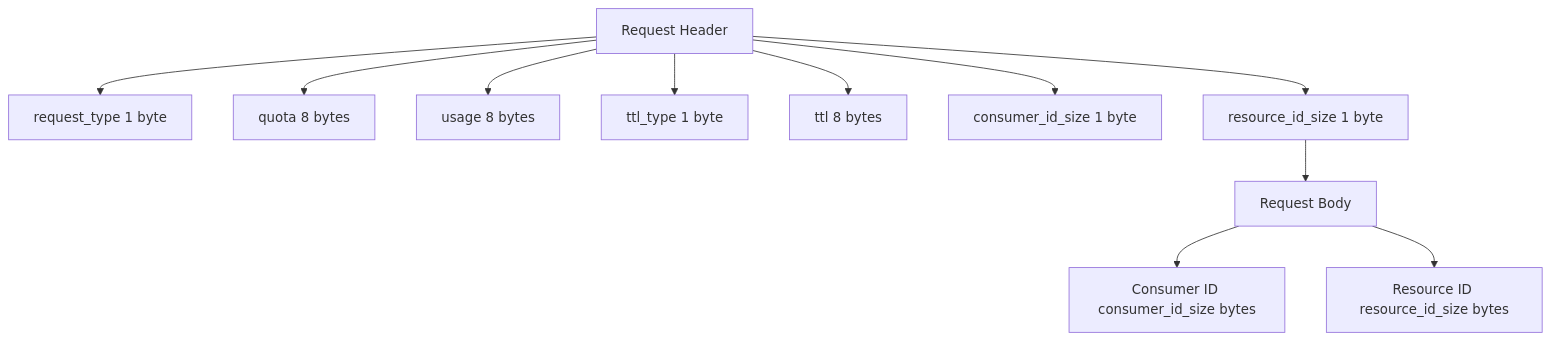
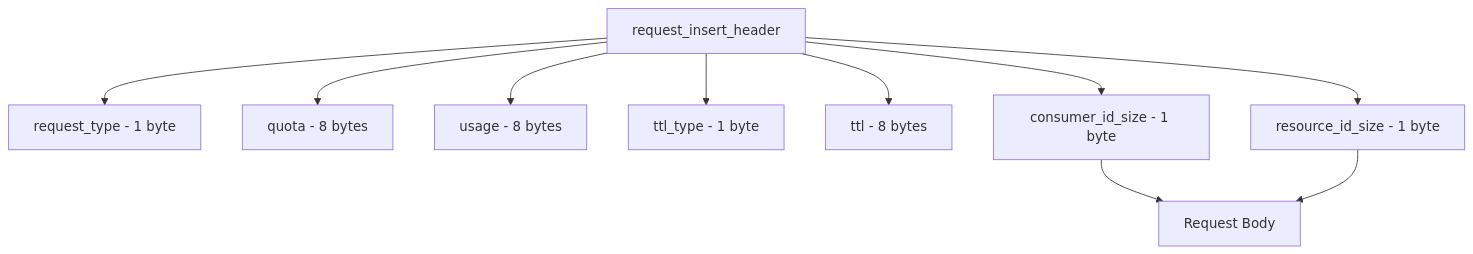
One commit to throttr/throttr changed the first of 4 diagrams in docs/diagrams/header.md. Above: the diagram before and after it, drawn with Mermaid. The commit also changed other lines of this file and 1 other file, not shown here.

````diff
--- a/docs/diagrams/header.md
+++ b/docs/diagrams/header.md
@@ -36,14 +3,13 @@
 ```mermaid
 flowchart TD
-    A[Request Header] --> B[request_type 1 byte]
-    A --> C[quota 8 bytes]
-    A --> D[usage 8 bytes]
-    A --> E[ttl_type 1 byte]
-    A --> F[ttl 8 bytes]
-    A --> G[consumer_id_size 1 byte]
-    A --> H[resource_id_size 1 byte]
-
-    H --> I[Request Body]
-    I --> J[Consumer ID consumer_id_size bytes]
-    I --> K[Resource ID resource_id_size bytes]
+    A[request_insert_header]
+    A --> A1[request_type - 1 byte]
+    A --> A2[quota - 8 bytes]
+    A --> A3[usage - 8 bytes]
+    A --> A4[ttl_type - 1 byte]
+    A --> A5[ttl - 8 bytes]
+    A --> A6[consumer_id_size - 1 byte]
+    A --> A7[resource_id_size - 1 byte]
+    A6 --> B[Request Body]
+    A7 --> B[Request Body]
 ```
````
